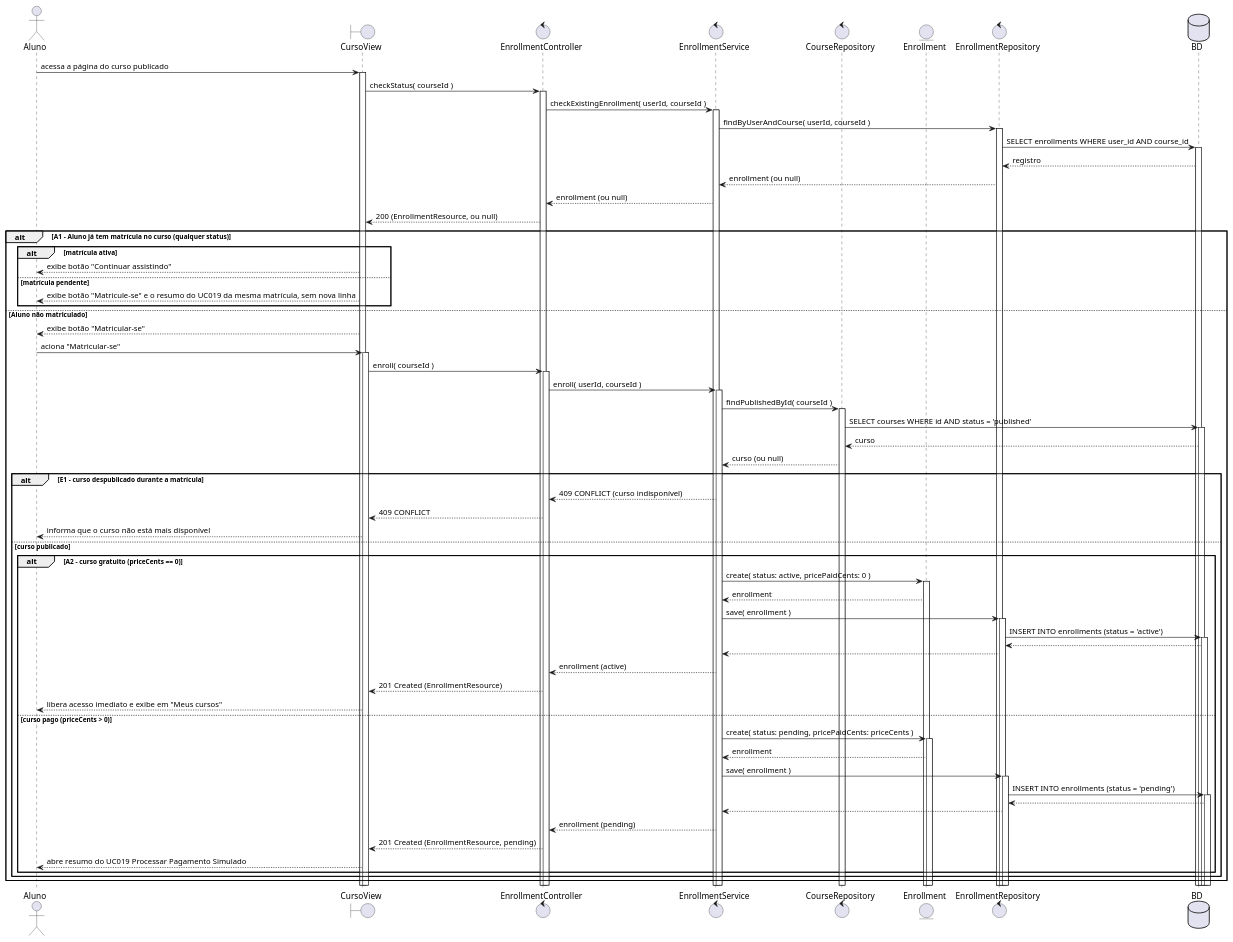
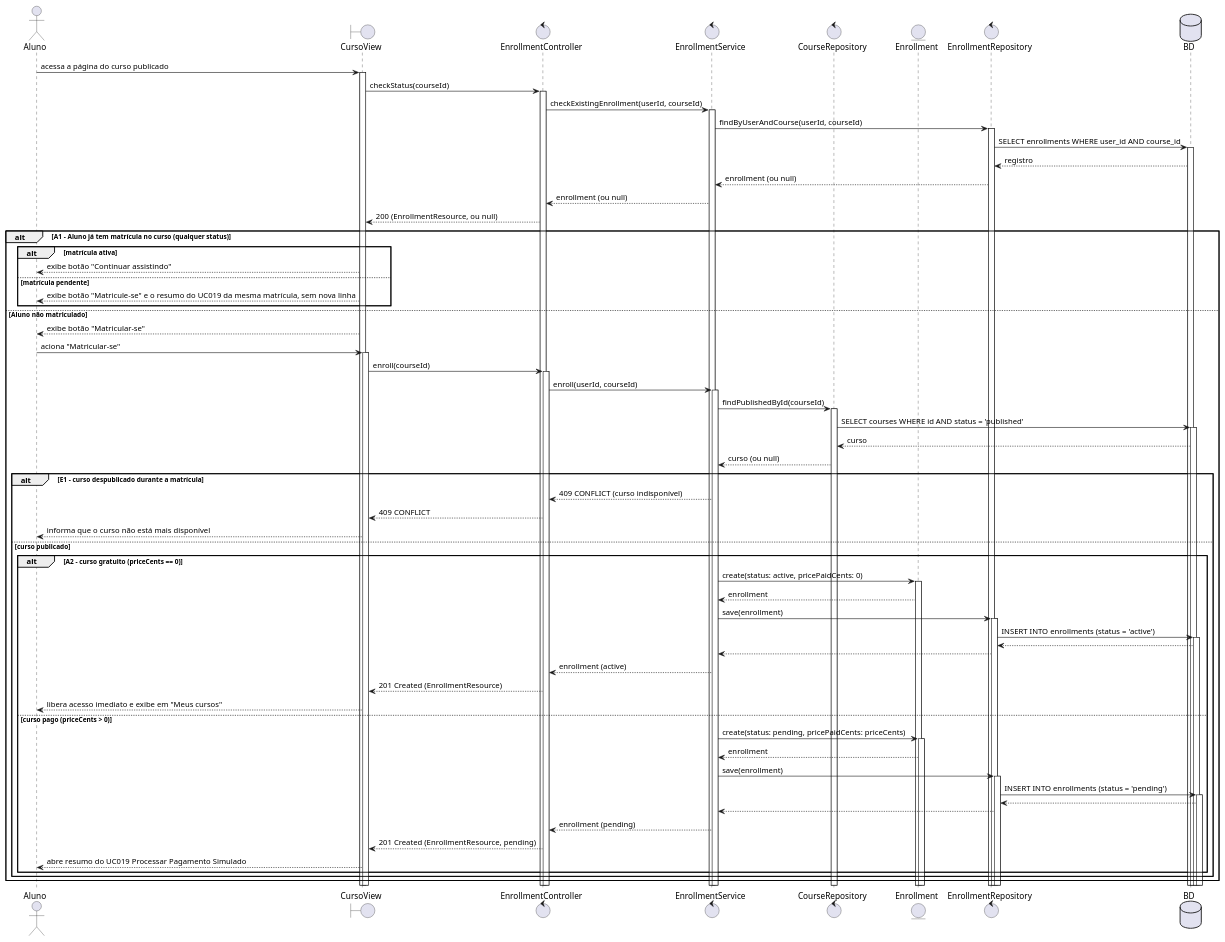
One commit to Plataforma-de-Cursos-TCC/plataforma-cursos-docs changed the diagram in scripts/drawio-seqgen/exemplos/14-sequencia-uc003.puml. Above: the diagram before and after it, drawn with PlantUML. The commit also changed 17 other files, not shown here.

First line of the commit message:
docs(diagrama-de-sequencia): remove spaces inside call parentheses

```diff
--- a/scripts/drawio-seqgen/exemplos/14-sequencia-uc003.puml
+++ b/scripts/drawio-seqgen/exemplos/14-sequencia-uc003.puml
@@ -3,62 +3,62 @@
 @startuml 14-sequencia-uc003
 actor Aluno
 boundary CursoView
 control EnrollmentController
 control EnrollmentService
 control CourseRepository
 entity Enrollment
 control EnrollmentRepository
 database BD
 Aluno -> CursoView ++ : acessa a página do curso publicado
-CursoView -> EnrollmentController ++ : checkStatus( courseId )
-EnrollmentController -> EnrollmentService ++ : checkExistingEnrollment( userId, courseId )
-EnrollmentService -> EnrollmentRepository ++ : findByUserAndCourse( userId, courseId )
+CursoView -> EnrollmentController ++ : checkStatus(courseId)
+EnrollmentController -> EnrollmentService ++ : checkExistingEnrollment(userId, courseId)
+EnrollmentService -> EnrollmentRepository ++ : findByUserAndCourse(userId, courseId)
 EnrollmentRepository -> BD ++ : SELECT enrollments WHERE user_id AND course_id
 BD --> EnrollmentRepository : registro
 EnrollmentRepository --> EnrollmentService : enrollment (ou null)
 EnrollmentService --> EnrollmentController : enrollment (ou null)
 EnrollmentController --> CursoView : 200 (EnrollmentResource, ou null)
 alt A1 - Aluno já tem matrícula no curso (qualquer status)
 alt matrícula ativa
 CursoView --> Aluno : exibe botão "Continuar assistindo"
 else matrícula pendente
 CursoView --> Aluno : exibe botão "Matricule-se" e o resumo do UC019 da mesma matrícula, sem nova linha
 end
 else Aluno não matriculado
 CursoView --> Aluno : exibe botão "Matricular-se"
 Aluno -> CursoView ++ : aciona "Matricular-se"
-CursoView -> EnrollmentController ++ : enroll( courseId )
-EnrollmentController -> EnrollmentService ++ : enroll( userId, courseId )
-EnrollmentService -> CourseRepository ++ : findPublishedById( courseId )
+CursoView -> EnrollmentController ++ : enroll(courseId)
+EnrollmentController -> EnrollmentService ++ : enroll(userId, courseId)
+EnrollmentService -> CourseRepository ++ : findPublishedById(courseId)
 CourseRepository -> BD ++ : SELECT courses WHERE id AND status = 'published'
 BD --> CourseRepository : curso
 CourseRepository --> EnrollmentService : curso (ou null)
 alt E1 - curso despublicado durante a matrícula
 EnrollmentService --> EnrollmentController : 409 CONFLICT (curso indisponível)
 EnrollmentController --> CursoView : 409 CONFLICT
 CursoView --> Aluno : informa que o curso não está mais disponível
 else curso publicado
 alt A2 - curso gratuito (priceCents == 0)
-EnrollmentService -> Enrollment ++ : create( status: active, pricePaidCents: 0 )
+EnrollmentService -> Enrollment ++ : create(status: active, pricePaidCents: 0)
 Enrollment --> EnrollmentService : enrollment
-EnrollmentService -> EnrollmentRepository ++ : save( enrollment )
+EnrollmentService -> EnrollmentRepository ++ : save(enrollment)
 EnrollmentRepository -> BD ++ : INSERT INTO enrollments (status = 'active')
 BD --> EnrollmentRepository
 EnrollmentRepository --> EnrollmentService
 EnrollmentService --> EnrollmentController : enrollment (active)
 EnrollmentController --> CursoView : 201 Created (EnrollmentResource)
 CursoView --> Aluno : libera acesso imediato e exibe em "Meus cursos"
 else curso pago (priceCents > 0)
-EnrollmentService -> Enrollment ++ : create( status: pending, pricePaidCents: priceCents )
+EnrollmentService -> Enrollment ++ : create(status: pending, pricePaidCents: priceCents)
 Enrollment --> EnrollmentService : enrollment
-EnrollmentService -> EnrollmentRepository ++ : save( enrollment )
+EnrollmentService -> EnrollmentRepository ++ : save(enrollment)
 EnrollmentRepository -> BD ++ : INSERT INTO enrollments (status = 'pending')
 BD --> EnrollmentRepository
 EnrollmentRepository --> EnrollmentService
 EnrollmentService --> EnrollmentController : enrollment (pending)
 EnrollmentController --> CursoView : 201 Created (EnrollmentResource, pending)
 CursoView --> Aluno : abre resumo do UC019 Processar Pagamento Simulado
 end
 end
 end
 @enduml
```
